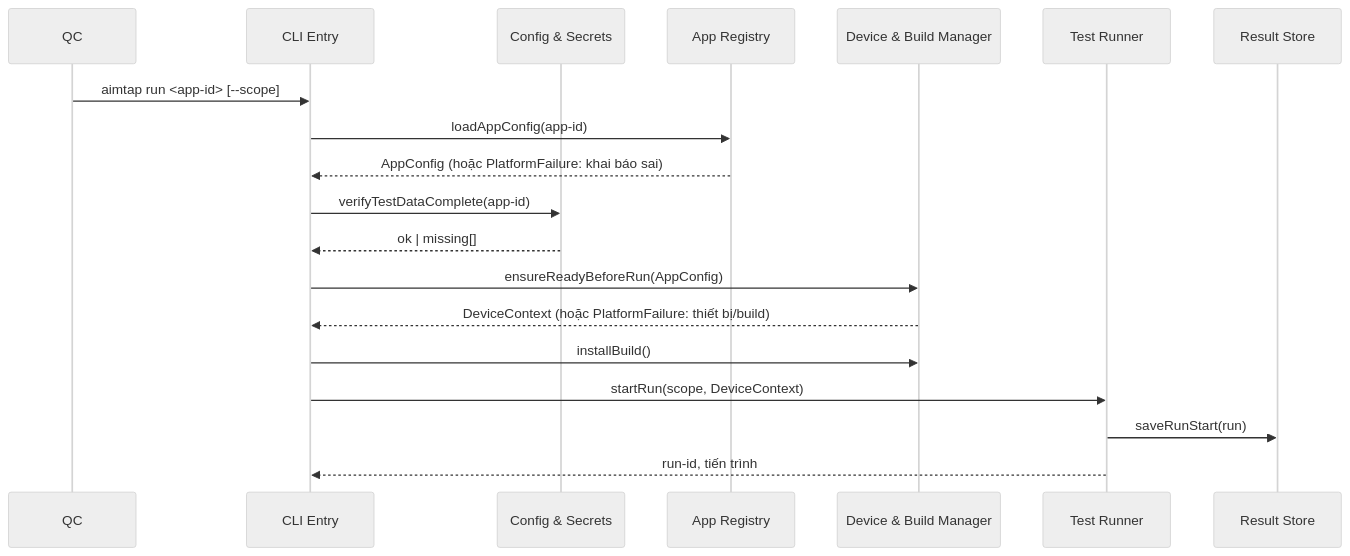
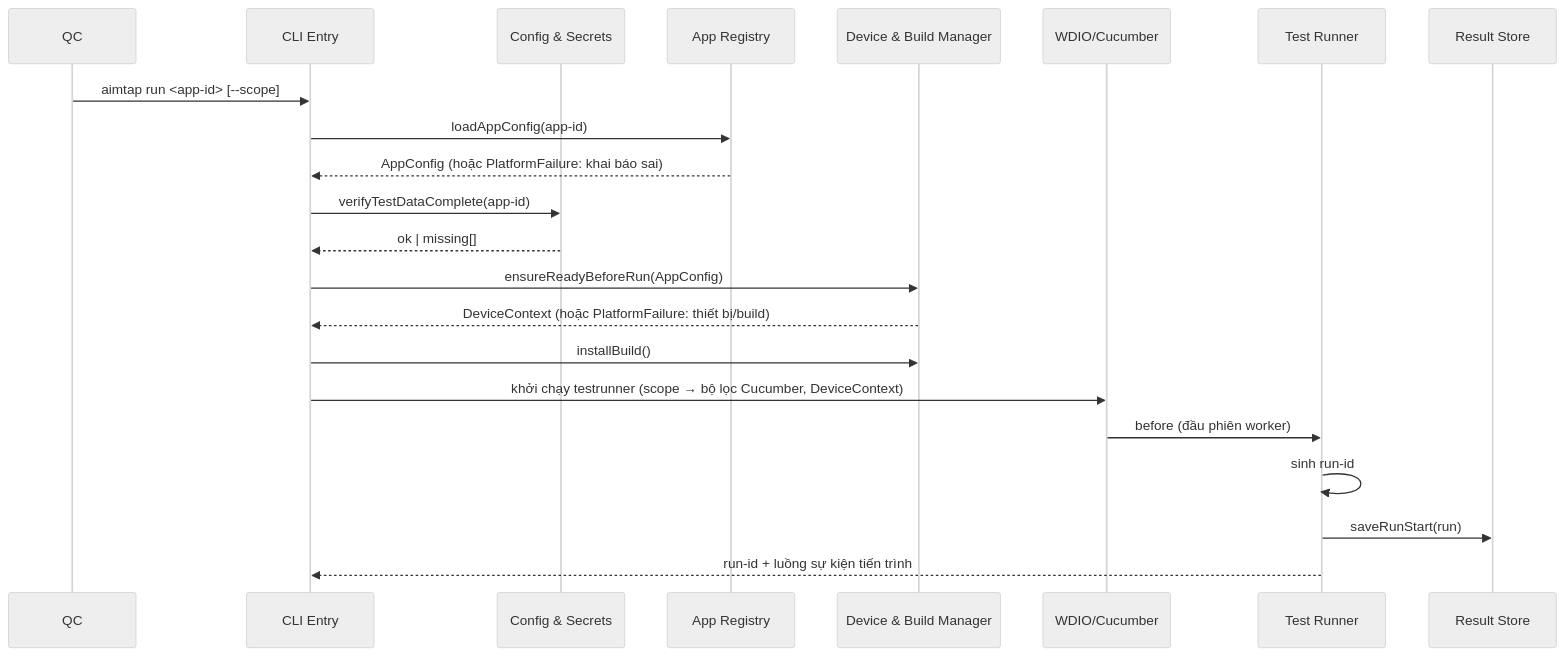
One commit to kytruongdev/aimtap changed the first of 4 diagrams in docs/architecture/phase-1/sequence-diagrams.md. Above: the diagram before and after it, drawn with Mermaid (neutral theme). The commit also changed other lines of this file and 7 other files, not shown here.

````diff
--- a/docs/architecture/phase-1/sequence-diagrams.md
+++ b/docs/architecture/phase-1/sequence-diagrams.md
@@ -9,22 +9,25 @@
 ```mermaid
 sequenceDiagram
     participant QC
     participant CLI as CLI Entry
     participant Cfg as Config & Secrets
     participant Reg as App Registry
     participant Dev as Device & Build Manager
+    participant WDIO as WDIO/Cucumber
     participant Runner as Test Runner
     participant Store as Result Store
 
     QC->>CLI: aimtap run <app-id> [--scope]
     CLI->>Reg: loadAppConfig(app-id)
     Reg-->>CLI: AppConfig (hoặc PlatformFailure: khai báo sai)
     CLI->>Cfg: verifyTestDataComplete(app-id)
     Cfg-->>CLI: ok | missing[]
     CLI->>Dev: ensureReadyBeforeRun(AppConfig)
     Dev-->>CLI: DeviceContext (hoặc PlatformFailure: thiết bị/build)
     CLI->>Dev: installBuild()
-    CLI->>Runner: startRun(scope, DeviceContext)
+    CLI->>WDIO: khởi chạy testrunner (scope → bộ lọc Cucumber, DeviceContext)
+    WDIO->>Runner: before (đầu phiên worker)
+    Runner->>Runner: sinh run-id
     Runner->>Store: saveRunStart(run)
-    Runner-->>CLI: run-id, tiến trình
+    Runner-->>CLI: run-id + luồng sự kiện tiến trình
 ```
````
